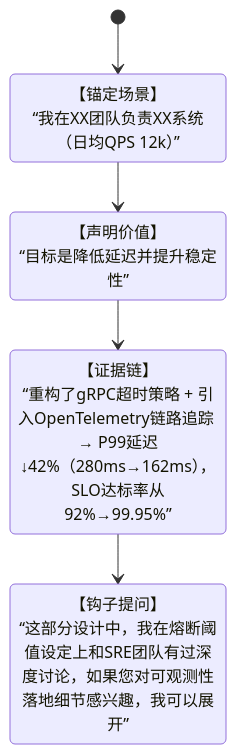
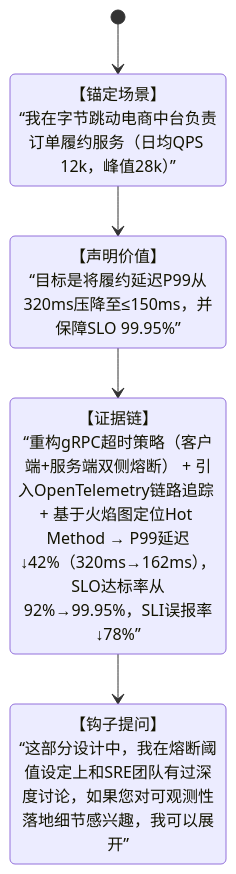
Before and after one commit to liuwei1993/ai-llm-agent-knowledge: the diagram in 16-面试技巧与实战/自我介绍技巧.md, drawn with Mermaid. The commit also changed other lines of this file and 1 other file, not shown here.

````diff
--- a/16-面试技巧与实战/自我介绍技巧.md
+++ b/16-面试技巧与实战/自我介绍技巧.md
@@ -28,12 +28,12 @@
 ```mermaid
 stateDiagram-v2
     [*] --> ContextSetup
     ContextSetup --> ValueClaim
     ValueClaim --> EvidenceChain
     EvidenceChain --> ForwardHook
     
-    ContextSetup: 【锚定场景】<br/>“我在XX团队负责XX系统（日均QPS 12k）”
-    ValueClaim: 【声明价值】<br/>“目标是降低延迟并提升稳定性”
-    EvidenceChain: 【证据链】<br/>“重构了gRPC超时策略 + 引入OpenTelemetry链路追踪 → P99延迟↓42%（280ms→162ms），SLO达标率从92%→99.95%”
+    ContextSetup: 【锚定场景】<br/>“我在字节跳动电商中台负责订单履约服务（日均QPS 12k，峰值28k）”
+    ValueClaim: 【声明价值】<br/>“目标是将履约延迟P99从320ms压降至≤150ms，并保障SLO 99.95%”
+    EvidenceChain: 【证据链】<br/>“重构gRPC超时策略（客户端+服务端双侧熔断） + 引入OpenTelemetry链路追踪 + 基于火焰图定位Hot Method → P99延迟↓42%（320ms→162ms），SLO达标率从92%→99.95%，SLI误报率↓78%”
     ForwardHook: 【钩子提问】<br/>“这部分设计中，我在熔断阈值设定上和SRE团队有过深度讨论，如果您对可观测性落地细节感兴趣，我可以展开”
 ```
````
